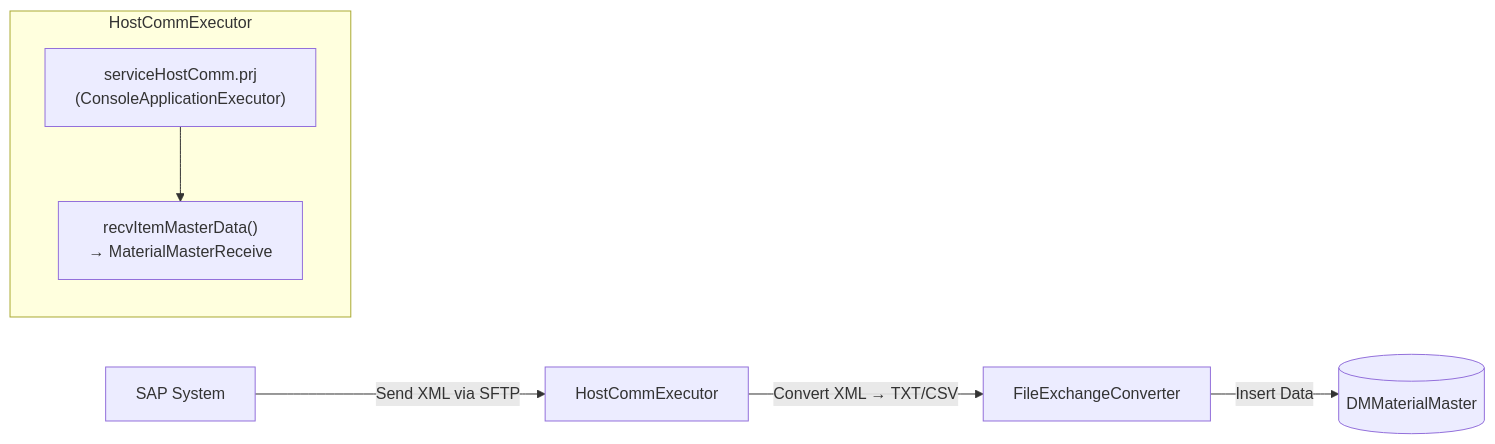
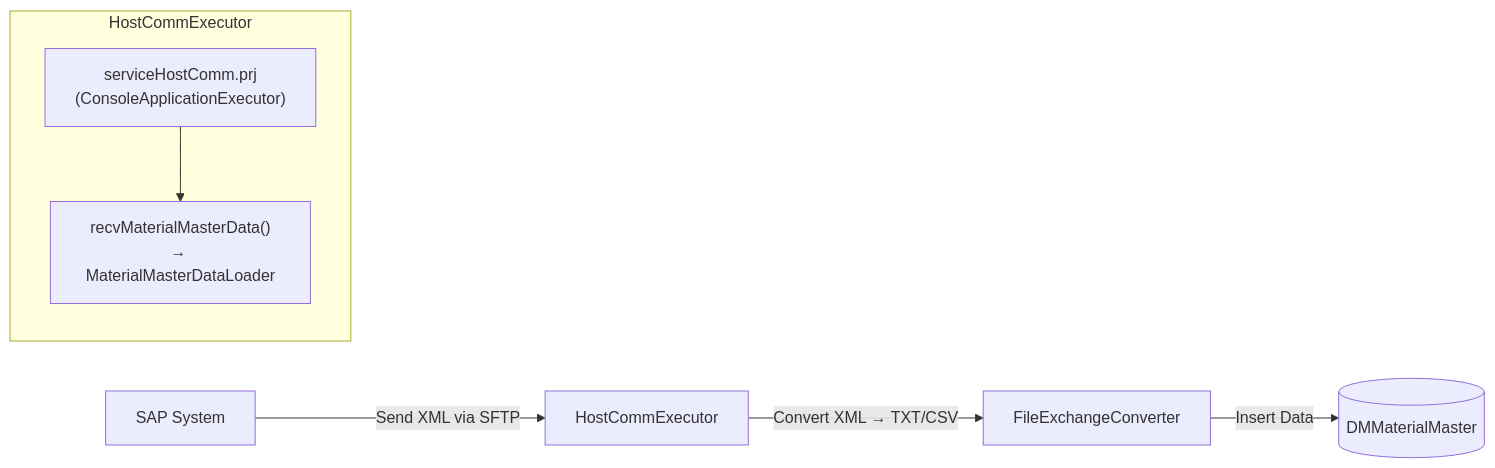
Before and after one commit to luthfiadityaa/SimeDarby-Wiki: the diagram in Basic-Design/Host-Interfaces/Material-Master-Data.md, drawn with Mermaid.

Commit message:
Updated Material Master Data

```diff
--- a/Basic-Design/Host-Interfaces/Material-Master-Data.md
+++ b/Basic-Design/Host-Interfaces/Material-Master-Data.md
@@ -11,12 +11,12 @@
 ::: mermaid
 flowchart LR
     A[SAP System] -->|Send XML via SFTP| B[HostCommExecutor]
     B -->|Convert XML → TXT/CSV| C[FileExchangeConverter]
     C -->|Insert Data| D[(DMMaterialMaster)]
 
     subgraph HostCommExecutor
         C1["serviceHostComm.prj<br>(ConsoleApplicationExecutor)"]
-        C2["recvItemMasterData()<br>→ MaterialMasterReceive"]
+        C2["recvMaterialMasterData()<br>→ MaterialMasterDataLoader"]
         C1 --> C2
     end
 :::
```
